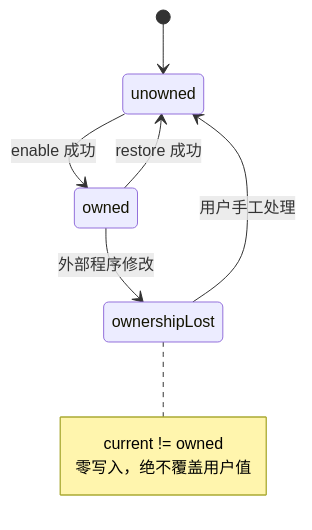
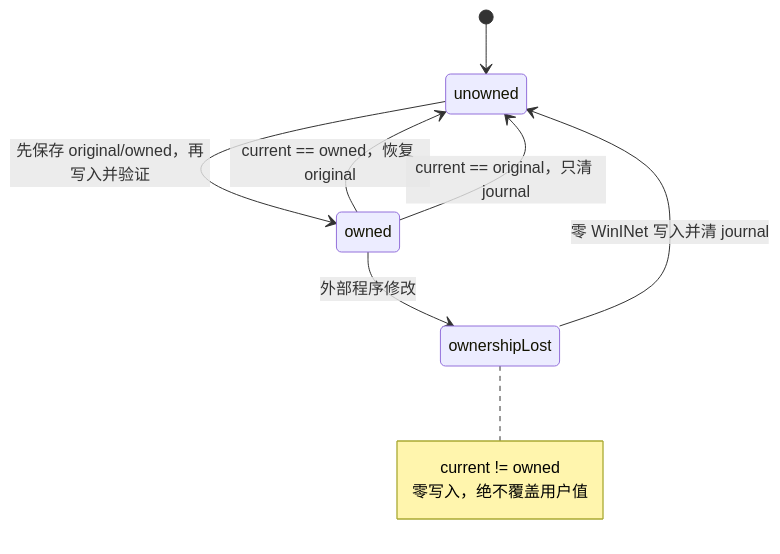
The third of 7 diagrams in architecture/features/settings.md (zhxmt-xm/Interceptor), drawn with Mermaid before and after one commit. The commit also changed other lines of this file and 44 other files, not shown here.

````diff
--- a/architecture/features/settings.md
+++ b/architecture/features/settings.md
@@ -154,12 +154,13 @@
 ```mermaid
 stateDiagram-v2
     [*] --> unowned
-    unowned --> owned: enable 成功
-    owned --> unowned: restore 成功
+    unowned --> owned: 先保存 original/owned，再写入并验证
+    owned --> unowned: current == owned，恢复 original
+    owned --> unowned: current == original，只清 journal
     owned --> ownershipLost: 外部程序修改
-    ownershipLost --> unowned: 用户手工处理
+    ownershipLost --> unowned: 零 WinINet 写入并清 journal
     note right of ownershipLost
         current != owned
         零写入，绝不覆盖用户值
     end note
 ```
````
